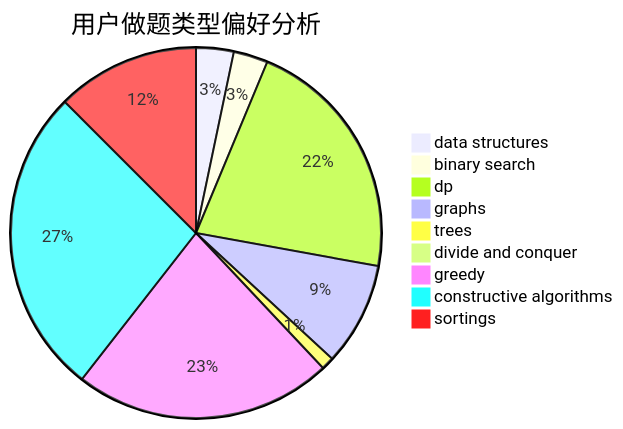
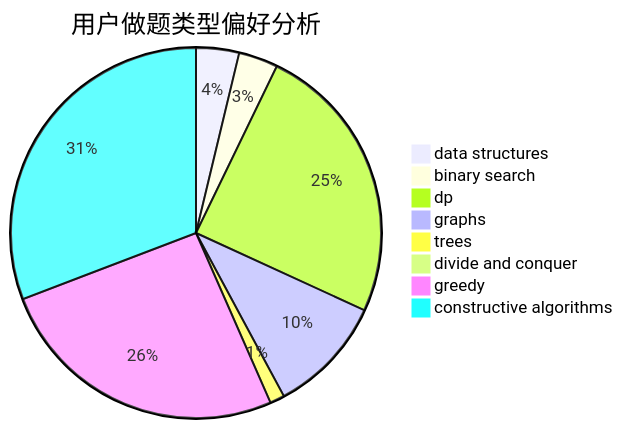
One commit to sherpahu/cfrs.github.io changed the second of 3 diagrams in docs/user/u2315.md. Above: the diagram before and after it, drawn with Mermaid. The commit also changed other lines of this file and 2769 other files, not shown here.

````diff
--- a/docs/user/u2315.md
+++ b/docs/user/u2315.md
@@ -18,12 +18,11 @@
 ```mermaid
 pie title 用户做题类型偏好分析
     "data structures" :  47
     "binary search" :  43
     "dp" :  309
     "graphs" :  129
     "trees" :  16
     "divide and conquer" :  2
     "greedy" :  323
     "constructive algorithms" :  386
-    "sortings" :  179
 ```
````
